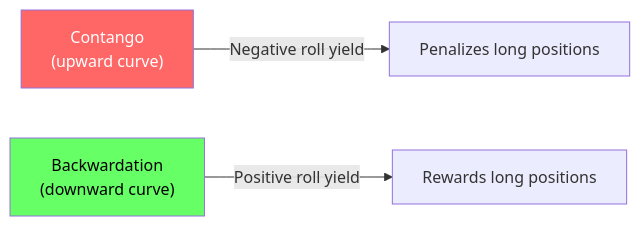
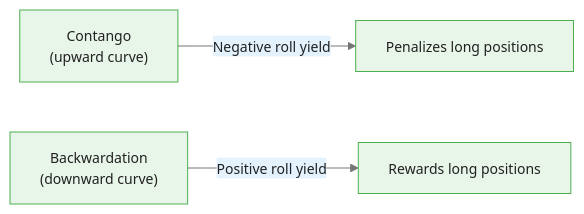
The third of 4 diagrams in courses/multi-armed-bandits-ab-testing/modules/module_05_commodity_trading_bandits/guides/02_reward_design_commodities_slides.md (m-deane/course-creator), drawn with Mermaid before and after one commit. The commit also changed other lines of this file and 146 other files, not shown here.

````diff
--- a/courses/multi-armed-bandits-ab-testing/modules/module_05_commodity_trading_bandits/guides/02_reward_design_commodities_slides.md
+++ b/courses/multi-armed-bandits-ab-testing/modules/module_05_commodity_trading_bandits/guides/02_reward_design_commodities_slides.md
@@ -154,8 +196,6 @@
 ```mermaid
+%%{init: {"theme": "base", "themeVariables": {"primaryColor": "#e8f5e9", "primaryBorderColor": "#4caf50", "primaryTextColor": "#212121", "secondaryColor": "#e3f2fd", "tertiaryColor": "#fff8e1", "lineColor": "#757575", "fontFamily": "Inter, sans-serif", "fontSize": "14px"}}}%%
 flowchart LR
     Contango["Contango<br/>(upward curve)"] --> |"Negative roll yield"| Penalty["Penalizes long positions"]
     Back["Backwardation<br/>(downward curve)"] --> |"Positive roll yield"| Bonus["Rewards long positions"]
-
-    style Contango fill:#f66,color:#fff
-    style Back fill:#6f6,color:#000
 ```
````
